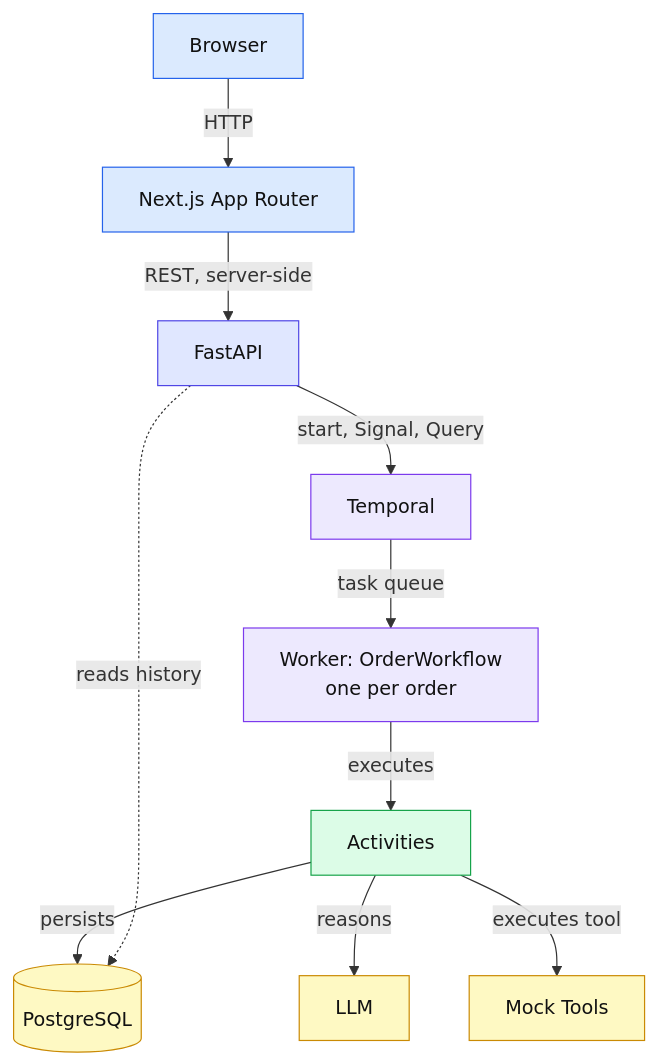
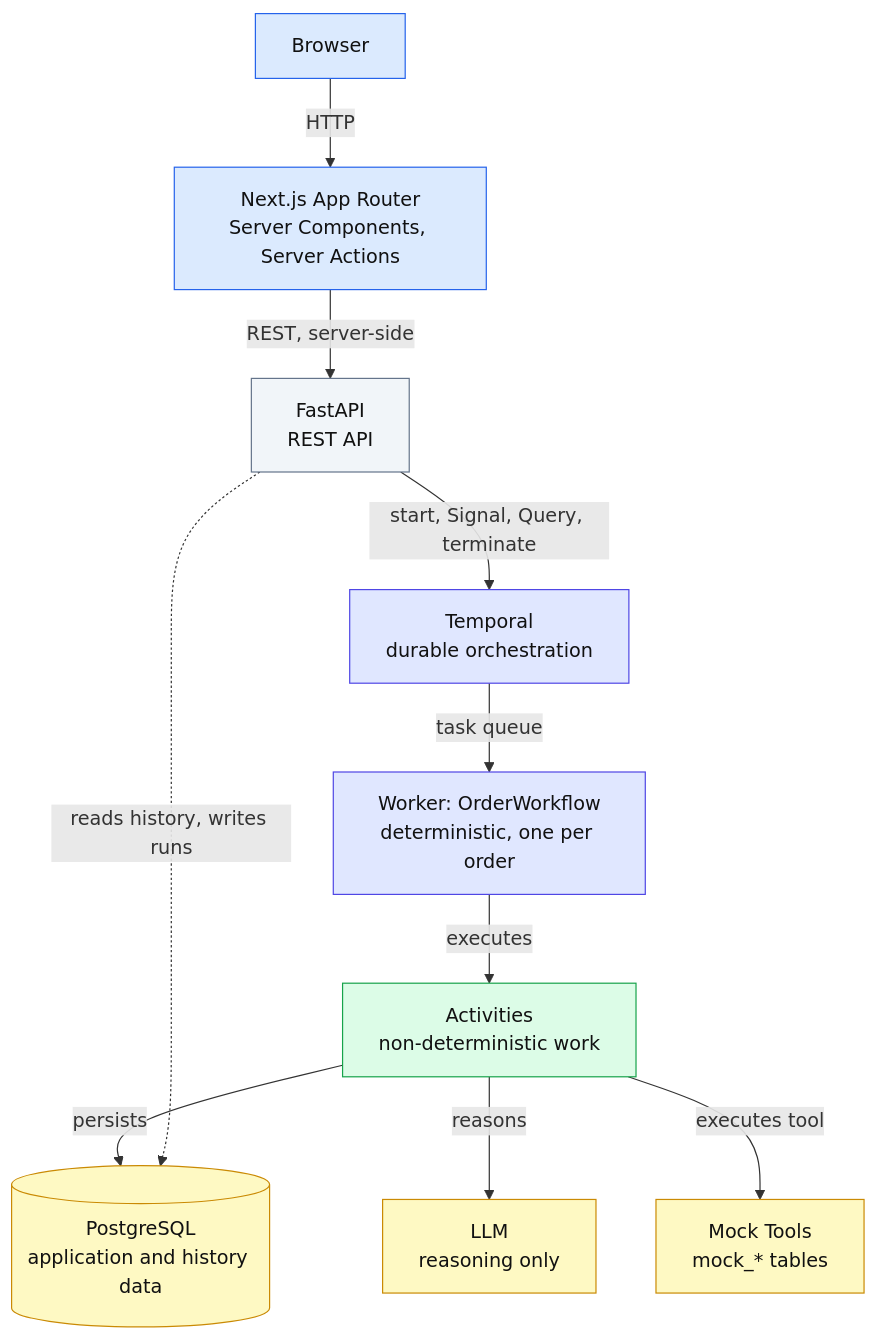
Before and after one commit to averagecoder4088/AI-supervisor: the first of 4 diagrams in README.md, drawn with Mermaid. The commit also changed other lines of this file, not shown here.

Commit message:
Finalize Mermaid architecture diagrams

````diff
--- a/README.md
+++ b/README.md
@@ -49,33 +49,33 @@
 ```mermaid
 flowchart TB
     browser["Browser"]
-    next["Next.js App Router"]
-    api["FastAPI"]
-    temporal["Temporal"]
-    wf["Worker: OrderWorkflow<br/>one per order"]
-    act["Activities"]
-    pg[("PostgreSQL")]
-    llm["LLM"]
-    tools["Mock Tools"]
+    next["Next.js App Router<br/>Server Components, Server Actions"]
+    api["FastAPI<br/>REST API"]
+    temporal["Temporal<br/>durable orchestration"]
+    wf["Worker: OrderWorkflow<br/>deterministic, one per order"]
+    act["Activities<br/>non-deterministic work"]
+    pg[("PostgreSQL<br/>application and history data")]
+    llm["LLM<br/>reasoning only"]
+    tools["Mock Tools<br/>mock_* tables"]
 
     browser -->|"HTTP"| next
     next -->|"REST, server-side"| api
-    api -->|"start, Signal, Query"| temporal
+    api -->|"start, Signal, Query, terminate"| temporal
     temporal -->|"task queue"| wf
     wf -->|"executes"| act
     act -->|"persists"| pg
     act -->|"reasons"| llm
     act -->|"executes tool"| tools
-    api -.->|"reads history"| pg
+    api -.->|"reads history, writes runs"| pg
 
-    classDef front fill:#dbeafe,stroke:#2563eb,color:#111
-    classDef back fill:#e0e7ff,stroke:#4f46e5,color:#111
-    classDef orch fill:#ede9fe,stroke:#7c3aed,color:#111
+    classDef ui fill:#dbeafe,stroke:#2563eb,color:#111
+    classDef plain fill:#f1f5f9,stroke:#64748b,color:#111
+    classDef orch fill:#e0e7ff,stroke:#4f46e5,color:#111
     classDef work fill:#dcfce7,stroke:#16a34a,color:#111
     classDef data fill:#fef9c3,stroke:#ca8a04,color:#111
-    class browser,next front
-    class api back
+    class browser,next ui
+    class api plain
     class temporal,wf orch
     class act work
     class pg,llm,tools data
 ```
````
